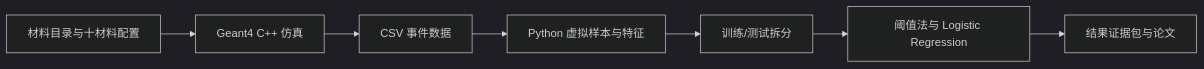
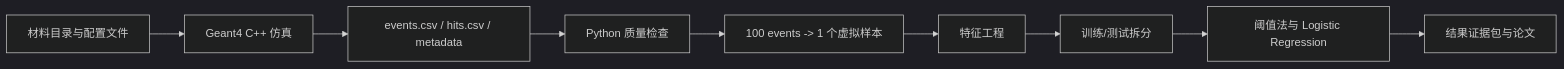
Before and after one commit to dydpop/xrt-sorter-geant4-undergrad-guide: the diagram in README.md, drawn with Mermaid (dark theme). The commit also changed other lines of this file and 8 other files, not shown here.

````diff
--- a/README.md
+++ b/README.md
@@ -56,9 +35,11 @@
 ```mermaid
 flowchart LR
-    A["材料目录与十材料配置"] --> B["Geant4 C++ 仿真"]
-    B --> C["CSV 事件数据"]
-    C --> D["Python 虚拟样本与特征"]
-    D --> E["训练/测试拆分"]
-    E --> F["阈值法与 Logistic Regression"]
-    F --> G["结果证据包与论文"]
+    A["材料目录与配置文件"] --> B["Geant4 C++ 仿真"]
+    B --> C["events.csv / hits.csv / metadata"]
+    C --> D["Python 质量检查"]
+    D --> E["100 events -> 1 个虚拟样本"]
+    E --> F["特征工程"]
+    F --> G["训练/测试拆分"]
+    G --> H["阈值法与 Logistic Regression"]
+    H --> I["结果证据包与论文"]
 ```
````
